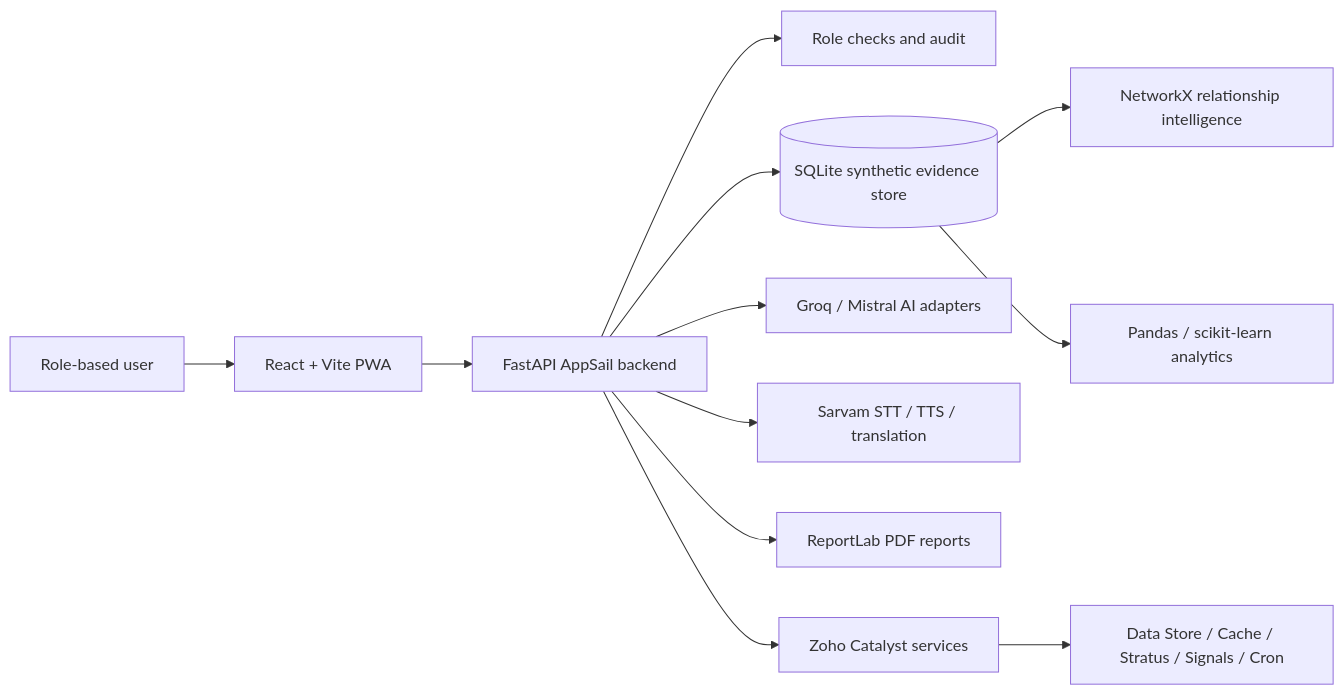
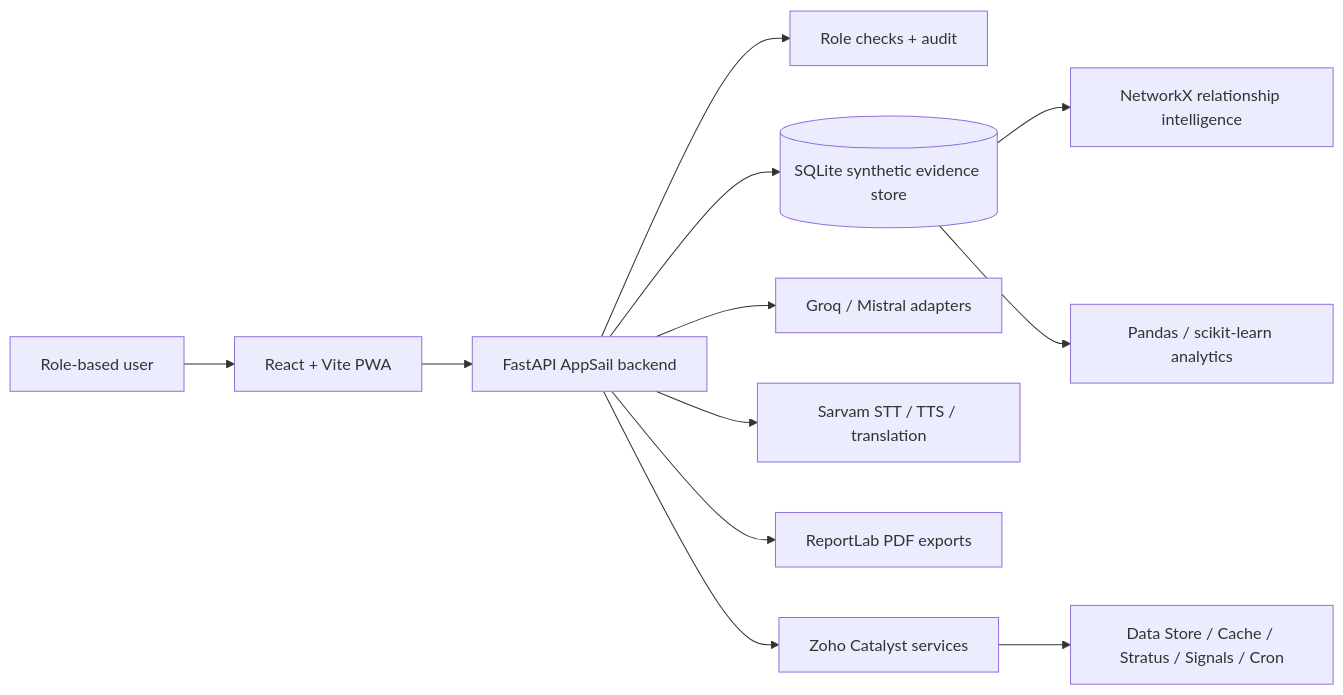
One commit to Sameer8549/NAMMAKSP changed the first of 2 diagrams in README.md. Above: the diagram before and after it, drawn with Mermaid. The commit also changed other lines of this file and 1 other file, not shown here.

````diff
--- a/README.md
+++ b/README.md
@@ -129,14 +113,14 @@
 ```mermaid
 flowchart LR
   User[Role-based user] --> PWA[React + Vite PWA]
   PWA --> API[FastAPI AppSail backend]
-  API --> Auth[Role checks and audit]
+  API --> Auth[Role checks + audit]
   API --> DB[(SQLite synthetic evidence store)]
-  API --> AI[Groq / Mistral AI adapters]
+  API --> AI[Groq / Mistral adapters]
   API --> Voice[Sarvam STT / TTS / translation]
-  API --> Reports[ReportLab PDF reports]
+  API --> Reports[ReportLab PDF exports]
   API --> Catalyst[Zoho Catalyst services]
   DB --> Graph[NetworkX relationship intelligence]
   DB --> Analytics[Pandas / scikit-learn analytics]
   Catalyst --> Store[Data Store / Cache / Stratus / Signals / Cron]
 ```
````
